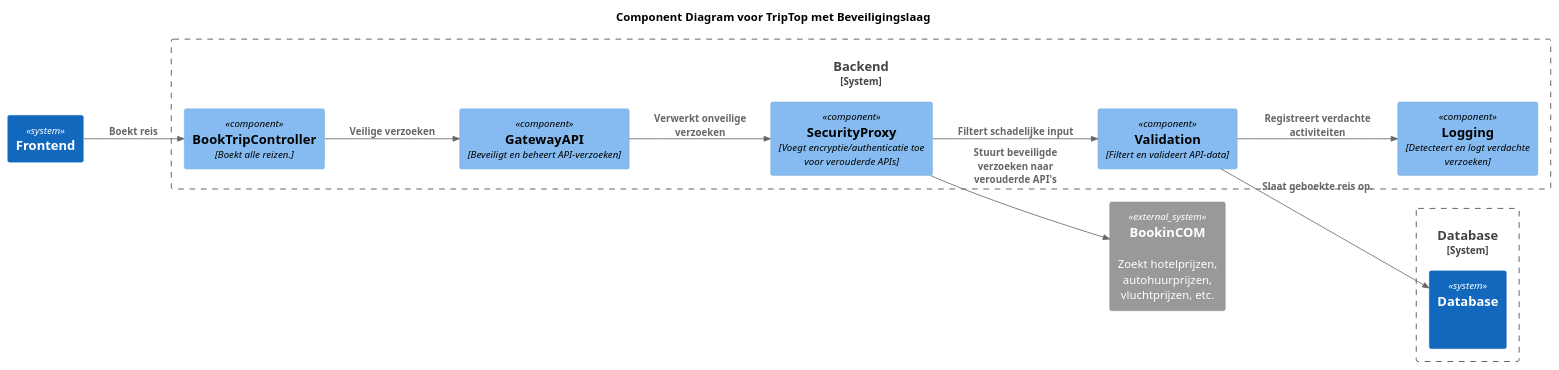
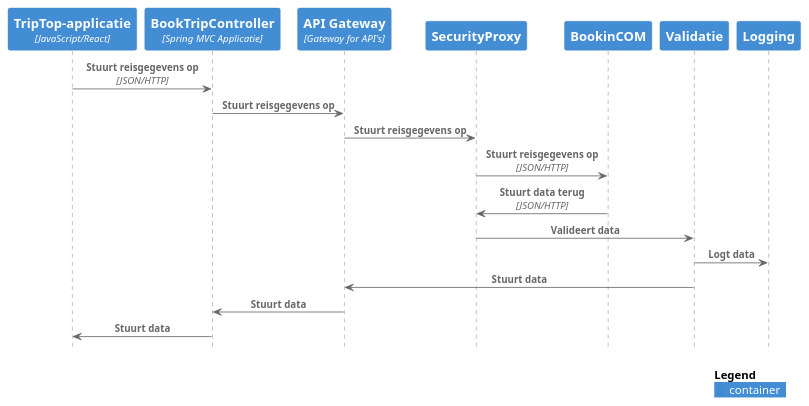
The diagram in Marijn/dynamicdiagramonderzoeksvraag.puml (AIM-ENE-feb25/triptop-dravende-dikdiks), drawn with PlantUML before and after one commit.

```diff
--- a/Marijn/dynamicdiagramonderzoeksvraag.puml
+++ b/Marijn/dynamicdiagramonderzoeksvraag.puml
@@ -1,36 +1,30 @@
 @startuml
 
-!include https://raw.githubusercontent.com/plantuml-stdlib/C4-PlantUML/master/C4_Component.puml
+!include https://raw.githubusercontent.com/plantuml-stdlib/C4-PlantUML/master/C4_Sequence.puml
 
-title Component Diagram voor TripTop met Beveiligingslaag
-left to right direction
+Container(c1, "TripTop-applicatie", "JavaScript/React", "Provides all of the Internet banking functionality to customers via their web browser.")
+Container(c2, "BookTripController", "Spring MVC Applicatie")
+Container(c3, "API Gateway", "Gateway for API's", "Verbind backend met API's")
+Container(c4, "SecurityProxy", "")
+Container(c5, "BookinCOM", "")
+Container(c6, "Validatie", "")
+Container(c7, "Logging", "")
 
 
+Rel(c1, c2, "Stuurt reisgegevens op", "JSON/HTTP")
+Rel(c2, c3, "Stuurt reisgegevens op", "")
+Rel(c3, c4, "Stuurt reisgegevens op", "")
+Rel(c4, c5, "Stuurt reisgegevens op", "JSON/HTTP")
+Rel(c5, c4, "Stuurt data terug", "JSON/HTTP")
+Rel(c4, c6, "Valideert data", "")
+Rel(c6, c7, "Logt data", "")
+Rel(c6, c3, "Stuurt data", "")
+Rel(c3, c2, "Stuurt data", "")
+Rel(c2, c1, "Stuurt data", "")
 
-System("Frontend", "Frontend", "")
-
-System_Boundary("backend", "Backend") {
-    Component("BackEnd", "BookTripController", "Boekt alle reizen.")
-    Component("GatewayAPI", "GatewayAPI", "Beveiligt en beheert API-verzoeken")
-    Component("SecurityProxy", "SecurityProxy", "Voegt encryptie/authenticatie toe voor verouderde APIs")
-    Component("Validation", "Validation", "Filtert en valideert API-data")
-    Component("Logging", "Logging", "Detecteert en logt verdachte verzoeken")
-}
-
-System_Boundary("database", "Database") {
-    System("Database", "Database", " ")
-}
-
-System_Ext("BookinCOM", "BookinCOM", "Zoekt hotelprijzen, autohuurprijzen, vluchtprijzen, etc.")
-
-Rel("Frontend", "BackEnd", "Boekt reis")
-Rel("BackEnd", "GatewayAPI", "Veilige verzoeken")
-Rel("GatewayAPI", "SecurityProxy", "Verwerkt onveilige verzoeken")
-Rel("SecurityProxy", "Validation", "Filtert schadelijke input")
-Rel("Validation", "Database", "Slaat geboekte reis op.")
-Rel("Validation", "Logging", "Registreert verdachte activiteiten")
-Rel("SecurityProxy", "BookinCOM", "Stuurt beveiligde verzoeken naar verouderde API's")
+'Backend checkt of token valide is
+'Rel(c3, c5, " ", " ")
 
 
-
+SHOW_LEGEND()
 @enduml
```
